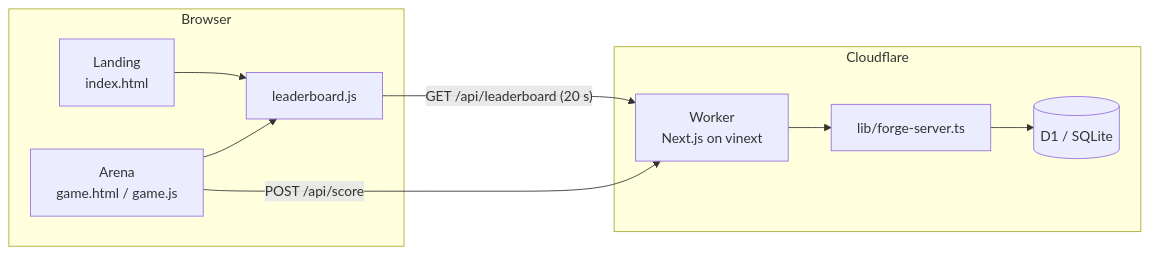
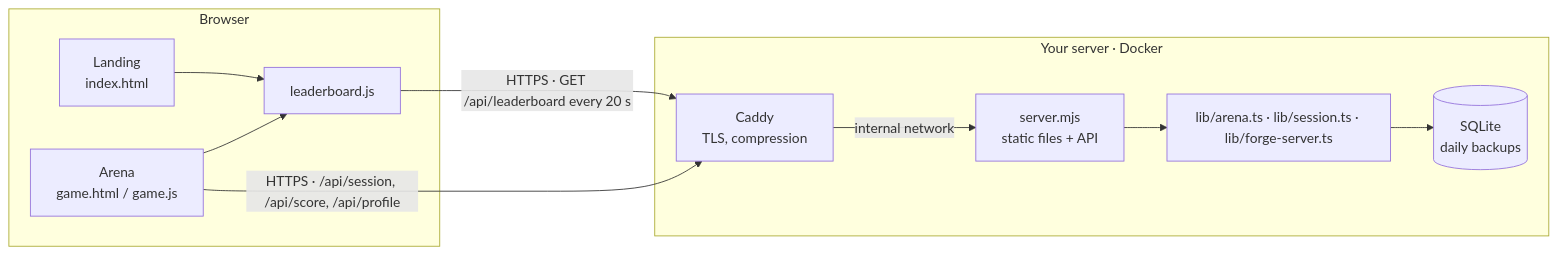
Before and after one commit to forgeonsol/starforge: the first of 2 diagrams in README.md, drawn with Mermaid. The commit also changed other lines of this file and 34 other files, not shown here.

First line of the commit message:
Self-hosting: Node + SQLite server, sign-in without registration, Docker + Caddy, hardening

````diff
--- a/README.md
+++ b/README.md
@@ -59,13 +62,14 @@
 ```mermaid
 flowchart LR
   subgraph Browser
     L[Landing<br/>index.html] --> LB[leaderboard.js]
     G[Arena<br/>game.html / game.js] --> LB
   end
-  G -- "POST /api/score" --> W
-  LB -- "GET /api/leaderboard (20 s)" --> W
-  subgraph Cloudflare
-    W[Worker<br/>Next.js on vinext] --> C[lib/forge-server.ts]
-    C --> D[(D1 / SQLite)]
+  G -- "HTTPS · /api/session, /api/score, /api/profile" --> C
+  LB -- "HTTPS · GET /api/leaderboard every 20 s" --> C
+  subgraph VPS [Your server · Docker]
+    C[Caddy<br/>TLS, compression] -- internal network --> S[server.mjs<br/>static files + API]
+    S --> X[lib/arena.ts · lib/session.ts · lib/forge-server.ts]
+    X --> D[(SQLite<br/>daily backups)]
   end
 ```
````
